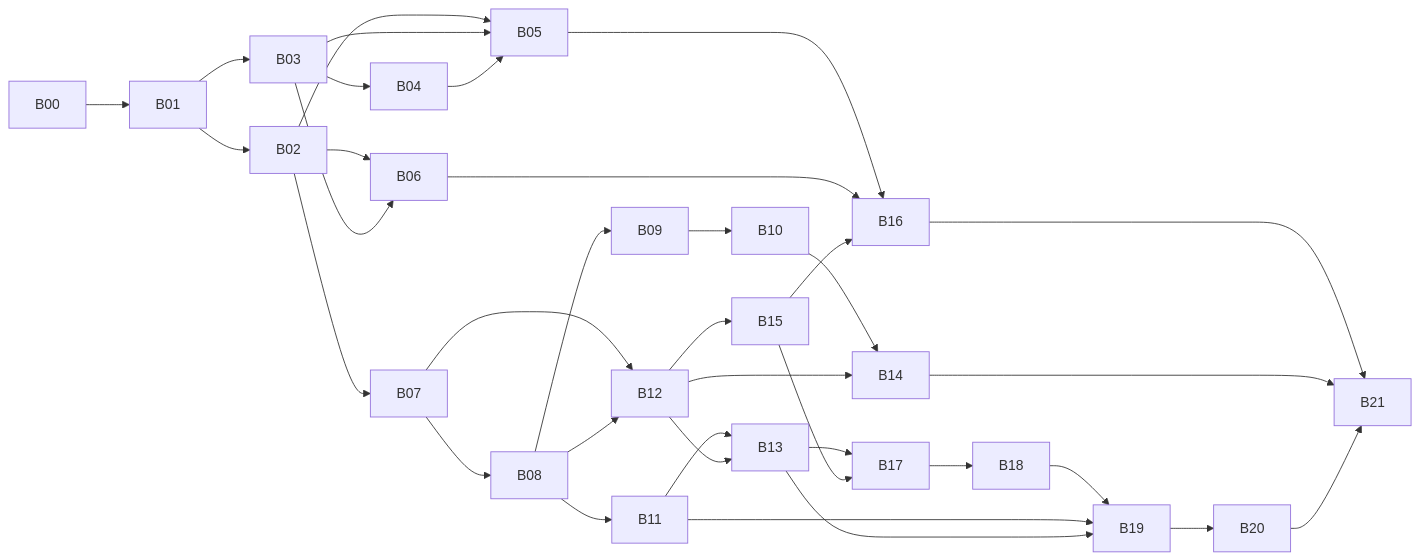
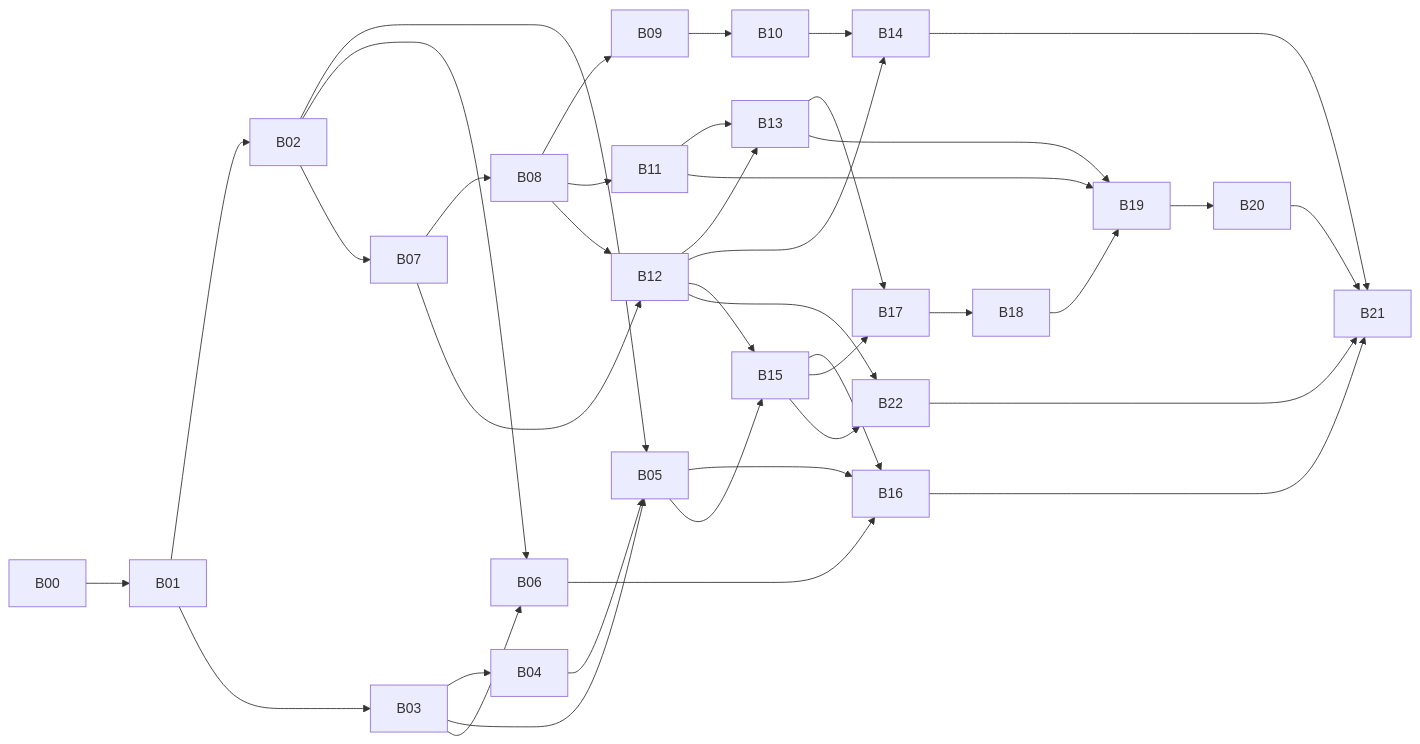
The diagram in docs/architecture/09-roadmap.md (ApiHuaQiPro/maccms.java), drawn with Mermaid before and after one commit. The commit also changed other lines of this file, not shown here.

First line of the commit message:
docs(architecture): 路线图按用户 D2～D8 决定定稿，D9 模板缺失复核 (MACC-24)

````diff
--- a/docs/architecture/09-roadmap.md
+++ b/docs/architecture/09-roadmap.md
@@ -204,34 +209,38 @@
 ```mermaid title="批次依赖（实线为必须串行；同一层内无连线的批次可以并行）"
 graph LR
   B00 --> B01
   B01 --> B02
   B01 --> B03
   B03 --> B04
   B02 --> B05
   B03 --> B05
   B04 --> B05
   B02 --> B06
   B03 --> B06
   B02 --> B07
   B07 --> B08
   B08 --> B09 --> B10
   B08 --> B11
   B07 --> B12
   B08 --> B12
   B11 --> B13
   B12 --> B13
   B10 --> B14
   B12 --> B14
   B12 --> B15
   B05 --> B16
   B06 --> B16
   B15 --> B16
   B13 --> B17
   B15 --> B17
   B17 --> B18 --> B19 --> B20
   B11 --> B19
   B13 --> B19
   B16 --> B21
   B14 --> B21
   B20 --> B21
+  B12 --> B22
+  B15 --> B22
+  B22 --> B21
+  B05 --> B15
 ```
````
